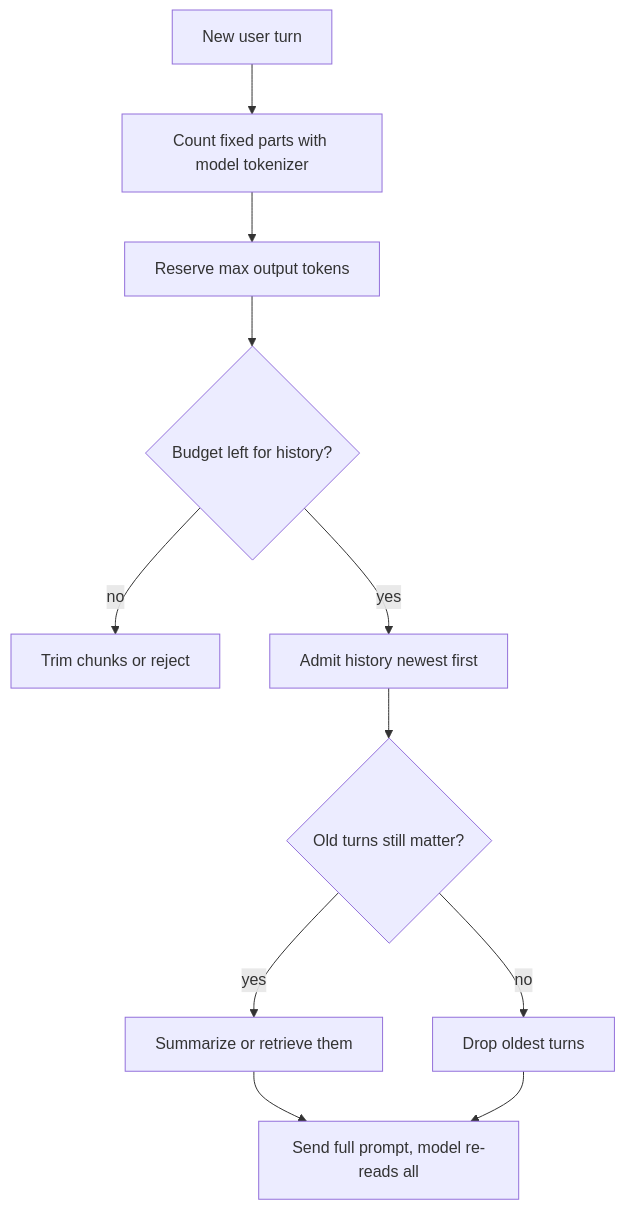
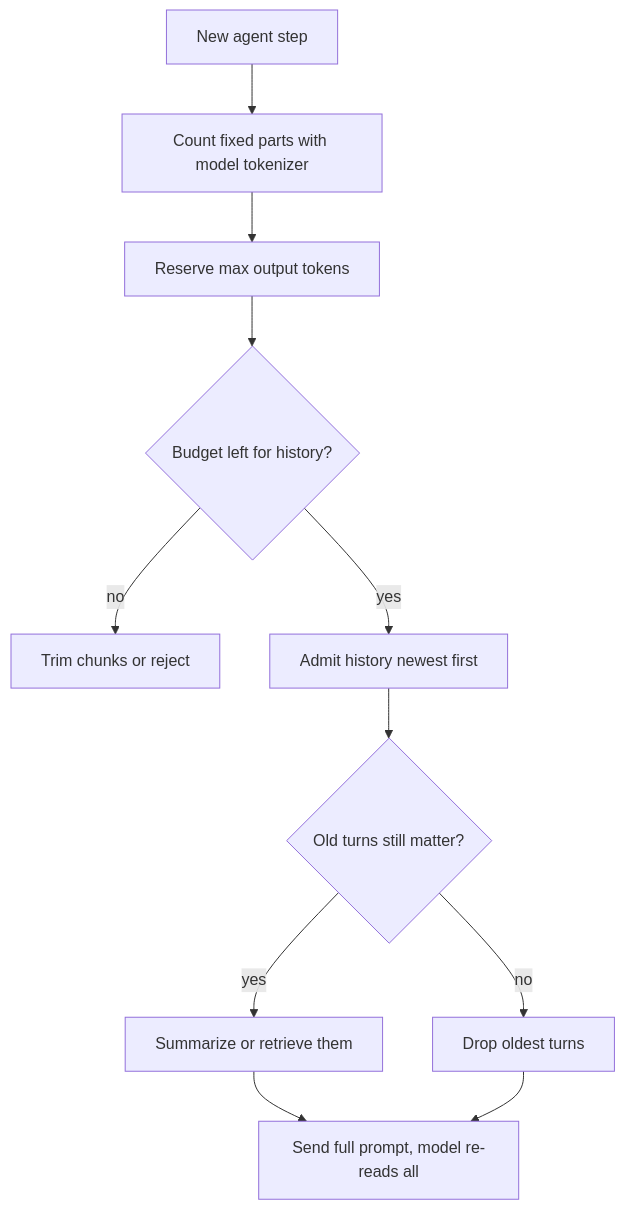
The diagram in content/model-internals/context-window.md (lovishmahajan97/agentic-learning), drawn with Mermaid before and after one commit. The commit also changed other lines of this file and 485 other files, not shown here.

````diff
--- a/content/model-internals/context-window.md
+++ b/content/model-internals/context-window.md
@@ -110,13 +129,13 @@
 ```mermaid
 flowchart TD
-    A["New user turn"] --> B["Count fixed parts with model tokenizer"]
+    A["New agent step"] --> B["Count fixed parts with model tokenizer"]
     B --> C["Reserve max output tokens"]
     C --> D{"Budget left for history?"}
     D -->|"no"| E["Trim chunks or reject"]
     D -->|"yes"| F["Admit history newest first"]
     F --> G{"Old turns still matter?"}
     G -->|"yes"| H["Summarize or retrieve them"]
     G -->|"no"| I["Drop oldest turns"]
     H --> J["Send full prompt, model re-reads all"]
     I --> J
 ```
````
